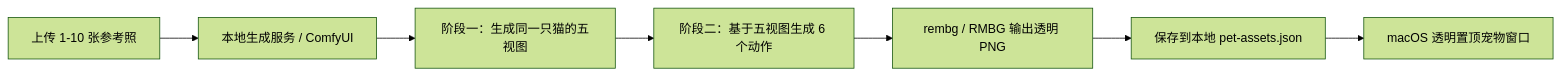
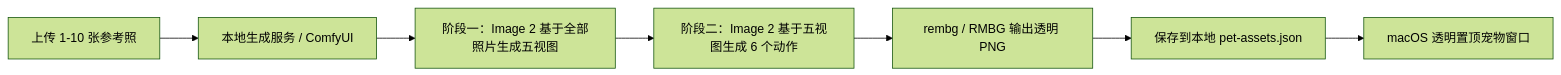
Before and after one commit to sunxiaowei12333-netizen/desktop-pet-reminder: the diagram in docs/pet-generation-pipeline.md, drawn with Mermaid (forest theme). The commit also changed other lines of this file and 30 other files, not shown here.

````diff
--- a/docs/pet-generation-pipeline.md
+++ b/docs/pet-generation-pipeline.md
@@ -9,9 +9,9 @@
 ```mermaid
 flowchart LR
   A["上传 1-10 张参考照"] --> B["本地生成服务 / ComfyUI"]
-  B --> C["阶段一：生成同一只猫的五视图"]
-  C --> D["阶段二：基于五视图生成 6 个动作"]
+  B --> C["阶段一：Image 2 基于全部照片生成五视图"]
+  C --> D["阶段二：Image 2 基于五视图生成 6 个动作"]
   D --> E["rembg / RMBG 输出透明 PNG"]
   E --> F["保存到本地 pet-assets.json"]
   F --> G["macOS 透明置顶宠物窗口"]
 ```
````
